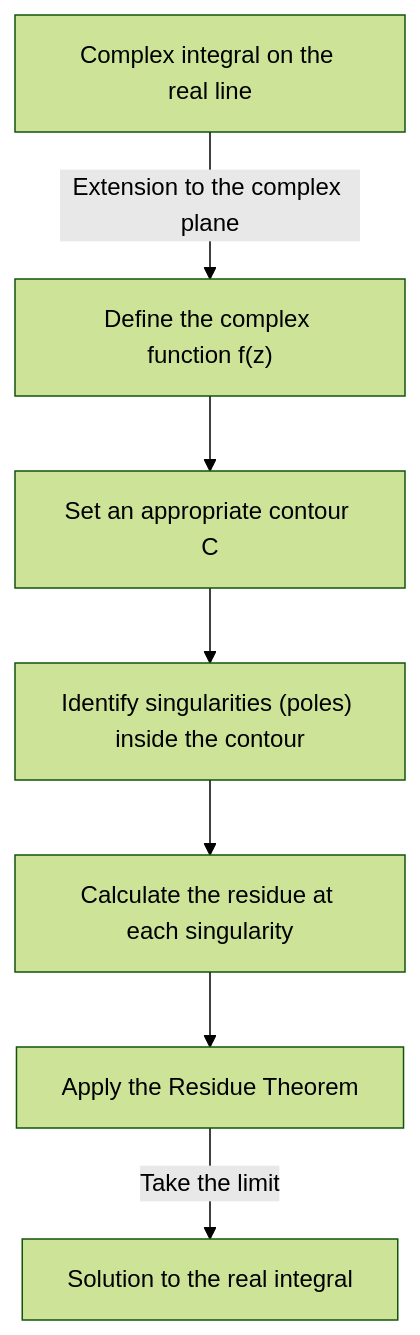
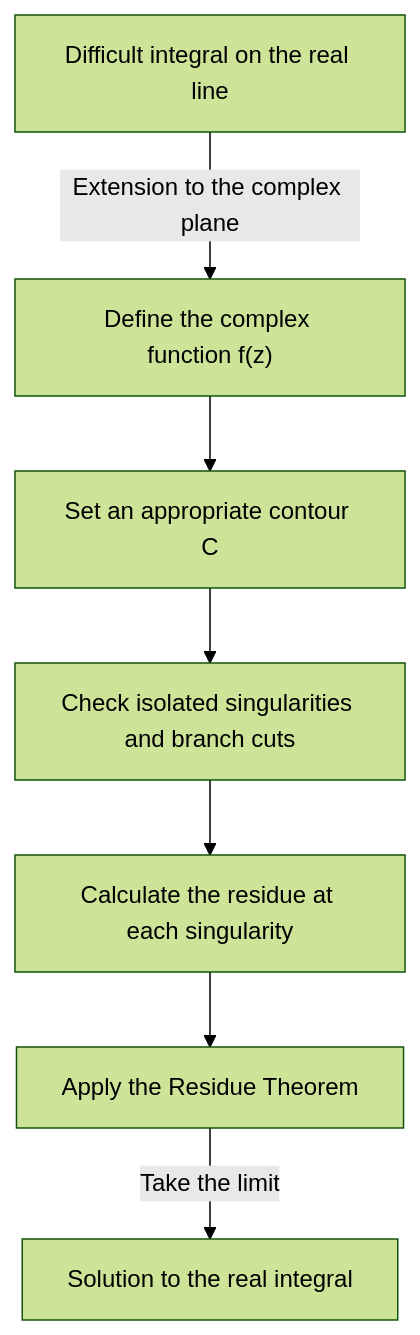
The first of 3 diagrams in content/post/residue-theorem/index.en.md (kenjinote/blog), drawn with Mermaid (forest theme) before and after one commit. The commit also changed other lines of this file and 8 other files, not shown here.

````diff
--- a/content/post/residue-theorem/index.en.md
+++ b/content/post/residue-theorem/index.en.md
@@ -33,9 +34,9 @@
 ```mermaid
 flowchart TD
-    A["Complex integral on the real line"] -->|"Extension to the complex plane"| B["Define the complex function f(z)"]
+    A["Difficult integral on the real line"] -->|"Extension to the complex plane"| B["Define the complex function f(z)"]
     B --> C["Set an appropriate contour C"]
-    C --> D["Identify singularities (poles) inside the contour"]
+    C --> D["Check isolated singularities and branch cuts"]
     D --> E["Calculate the residue at each singularity"]
     E --> F["Apply the Residue Theorem"]
     F -->|"Take the limit"| G["Solution to the real integral"]
 ```
````
